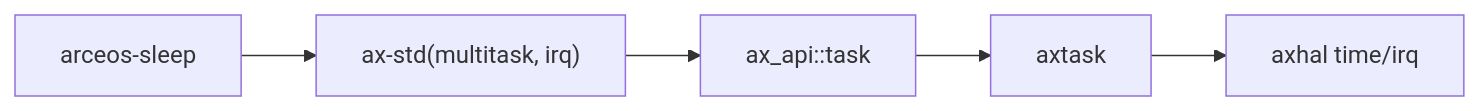
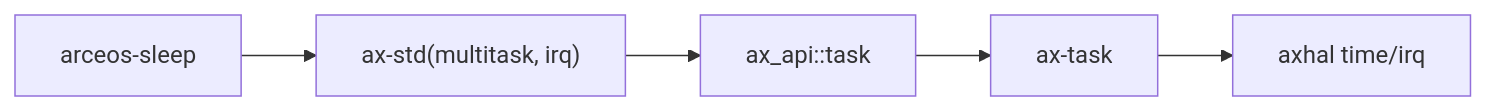
One commit to zKurisu/tgoskits changed the second of 2 diagrams in docs/crates/arceos-sleep.md. Above: the diagram before and after it, drawn with Mermaid. The commit also changed other lines of this file and 133 other files, not shown here.

Commit message:
rename axtask to ax-task

````diff
--- a/docs/crates/arceos-sleep.md
+++ b/docs/crates/arceos-sleep.md
@@ -76,7 +76,7 @@
 ```mermaid
 graph LR
     test["arceos-sleep"] --> ax-std["ax-std(multitask, irq)"]
     ax-std --> ax-api["ax_api::task"]
-    ax-api --> axtask["axtask"]
-    axtask --> axhal["axhal time/irq"]
+    ax-api --> ax-task["ax-task"]
+    ax-task --> axhal["axhal time/irq"]
 ```
````
